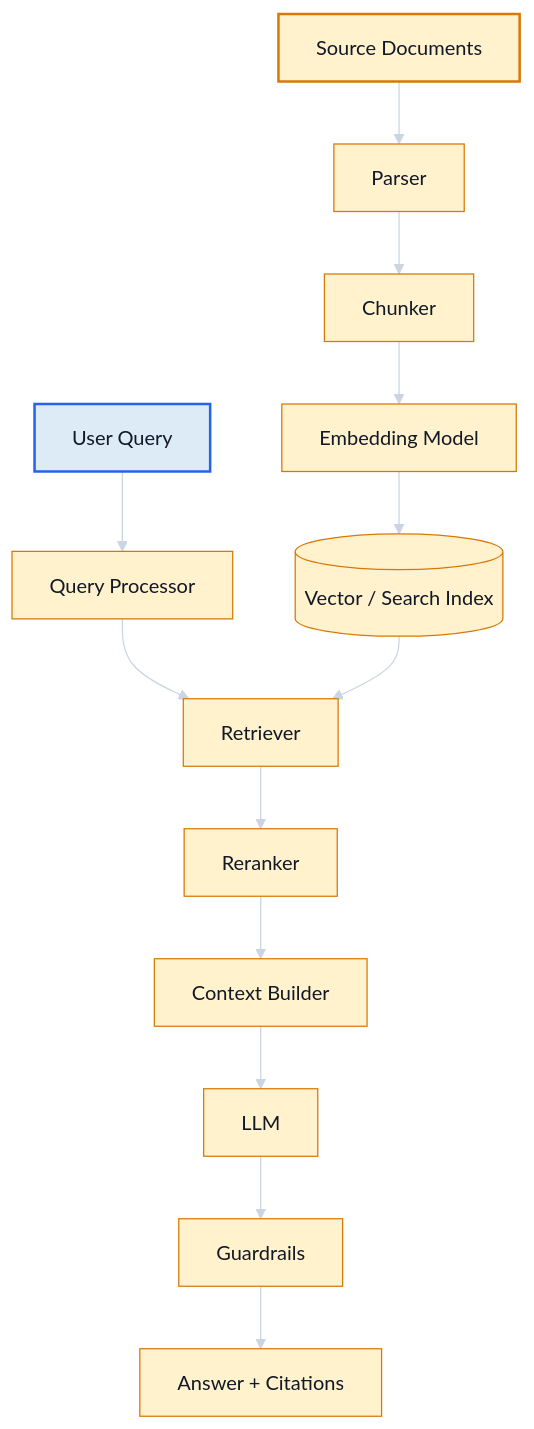
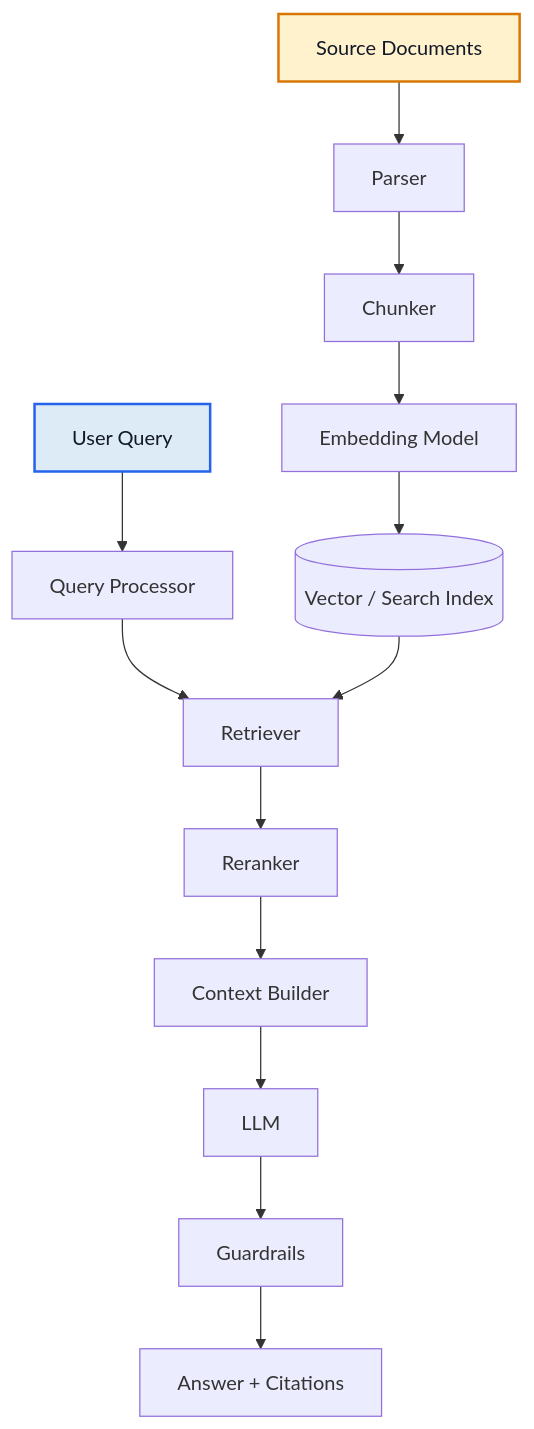
One commit to azam123/awesome-ai-engineer changed the second of 26 diagrams in AI-Engineer-Interview-Questions-2026.md. Above: the diagram before and after it, drawn with Mermaid. The commit also changed other lines of this file, not shown here.

Commit message:
docs: fix GitHub Mermaid rendering compatibility

````diff
--- a/AI-Engineer-Interview-Questions-2026.md
+++ b/AI-Engineer-Interview-Questions-2026.md
@@ -216,21 +215,20 @@
 ```mermaid
 flowchart TD
-%%{init: {"theme":"base","themeVariables":{"background":"#111827","primaryColor":"#FFF2CC","primaryTextColor":"#111827","primaryBorderColor":"#D97706","lineColor":"#CBD5E1","secondaryColor":"#DDEBF7","secondaryTextColor":"#111827","secondaryBorderColor":"#2563EB","tertiaryColor":"#E2F0D9","tertiaryTextColor":"#111827","tertiaryBorderColor":"#15803D","noteBkgColor":"#FFF2CC","noteTextColor":"#111827","noteBorderColor":"#D97706","actorBkg":"#DDEBF7","actorBorder":"#2563EB","actorTextColor":"#111827","signalColor":"#E5E7EB","signalTextColor":"#111827","labelBoxBkgColor":"#FFF2CC","labelBoxBorderColor":"#D97706","labelTextColor":"#111827"}}}%%
+A[Source Documents] --> B[Parser]
+B --> C[Chunker]
+C --> D[Embedding Model]
+D --> E[(Vector / Search Index)]
+F[User Query] --> G[Query Processor]
+G --> H[Retriever]
+E --> H
+H --> I[Reranker]
+I --> J[Context Builder]
+J --> K[LLM]
+K --> L[Guardrails]
+L --> M[Answer + Citations]
+class A yellow
+class F blue
 classDef yellow fill:#FFF2CC,stroke:#D97706,stroke-width:2px,color:#111827;
 classDef blue fill:#DDEBF7,stroke:#2563EB,stroke-width:2px,color:#111827;
 classDef green fill:#E2F0D9,stroke:#15803D,stroke-width:2px,color:#111827;
-    A[Source Documents] --> B[Parser]
-    B --> C[Chunker]
-    C --> D[Embedding Model]
-    D --> E[(Vector / Search Index)]
-    F[User Query] --> G[Query Processor]
-    G --> H[Retriever]
-    E --> H
-    H --> I[Reranker]
-    I --> J[Context Builder]
-    J --> K[LLM]
-    K --> L[Guardrails]
-    L --> M[Answer + Citations]
-    class A yellow;
-    class F blue;
 ```
````
